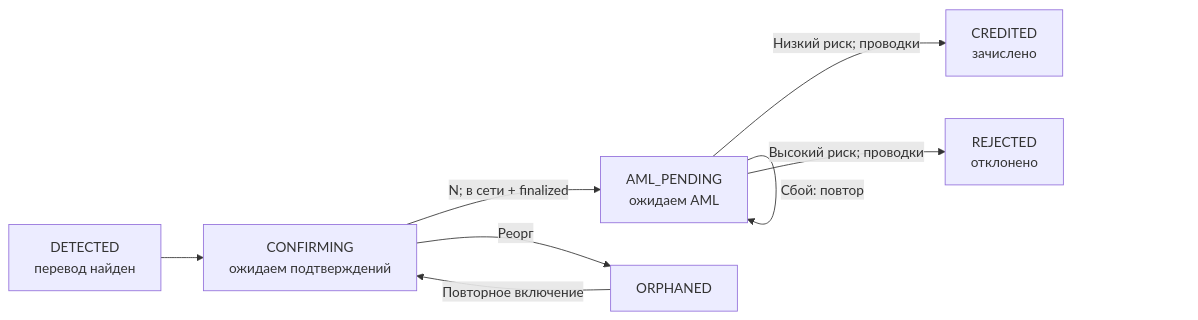
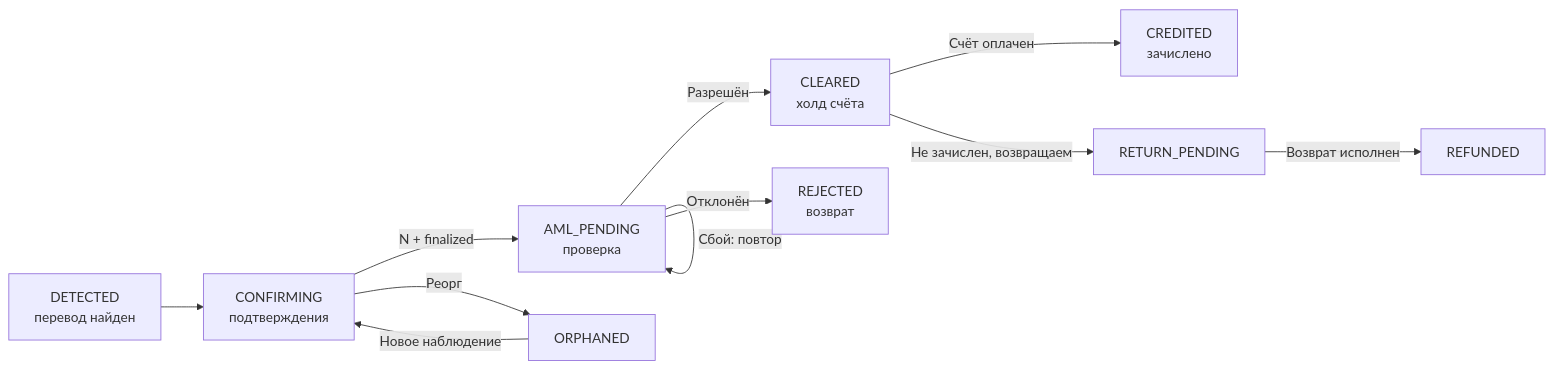
One commit to elliogh/crypto-payment-gateway changed the second of 3 diagrams in DESIGN.md. Above: the diagram before and after it, drawn with Mermaid. The commit also changed other lines of this file, not shown here.

````diff
--- a/DESIGN.md
+++ b/DESIGN.md
@@ -64,10 +52,13 @@
 ```mermaid
 flowchart LR
-    D["DETECTED<br/>перевод найден"] --> C["CONFIRMING<br/>ожидаем подтверждений"]
-    C -->|"N; в сети + finalized"| A["AML_PENDING<br/>ожидаем AML"]
+    D["DETECTED<br/>перевод найден"] --> C["CONFIRMING<br/>подтверждения"]
+    C -->|"N + finalized"| A["AML_PENDING<br/>проверка"]
+    A -->|Разрешён| H["CLEARED<br/>холд счёта"]
+    H -->|Счёт оплачен| OK["CREDITED<br/>зачислено"]
+    A -->|Отклонён| NO["REJECTED<br/>возврат"]
     C -->|Реорг| O[ORPHANED]
-    O -->|Повторное включение| C
+    O -->|Новое наблюдение| C
     A -->|Сбой: повтор| A
-    A -->|Низкий риск; проводки| OK["CREDITED<br/>зачислено"]
-    A -->|Высокий риск; проводки| NO["REJECTED<br/>отклонено"]
+    H -->|Не зачислен, возвращаем| RP[RETURN_PENDING]
+    RP -->|Возврат исполнен| RF[REFUNDED]
 ```
````
